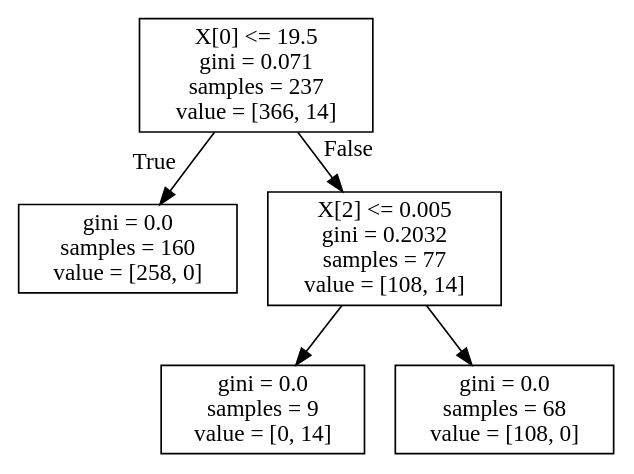
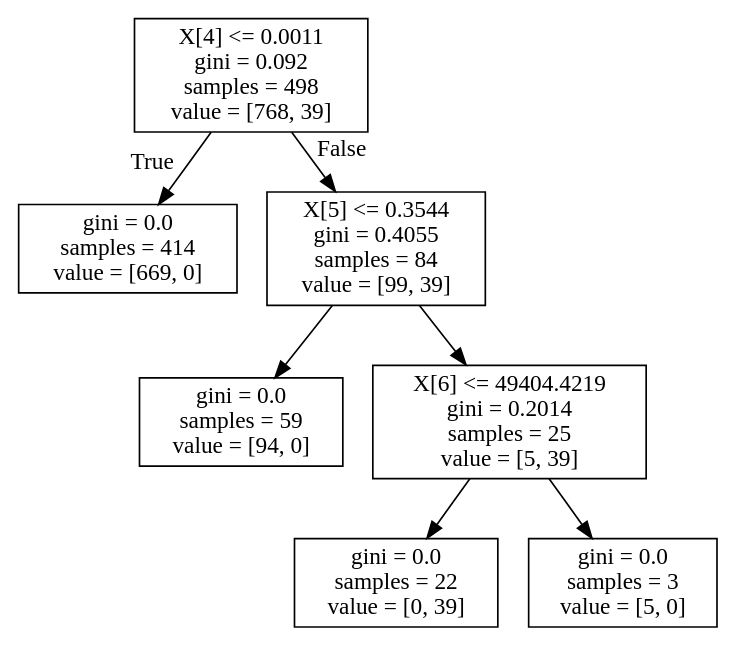
Before and after one commit to imwack/facebook: the diagram in 3.dot, drawn with Graphviz. The commit also changed 18 other files, not shown here.

```diff
--- a/3.dot
+++ b/3.dot
@@ -1,12 +1,16 @@
 digraph Tree {
 node [shape=box] ;
-0 [label="X[0] <= 19.5\ngini = 0.071\nsamples = 237\nvalue = [366, 14]"] ;
-1 [label="gini = 0.0\nsamples = 160\nvalue = [258, 0]"] ;
+0 [label="X[4] <= 0.0011\ngini = 0.092\nsamples = 498\nvalue = [768, 39]"] ;
+1 [label="gini = 0.0\nsamples = 414\nvalue = [669, 0]"] ;
 0 -> 1 [labeldistance=2.5, labelangle=45, headlabel="True"] ;
-2 [label="X[2] <= 0.005\ngini = 0.2032\nsamples = 77\nvalue = [108, 14]"] ;
+2 [label="X[5] <= 0.3544\ngini = 0.4055\nsamples = 84\nvalue = [99, 39]"] ;
 0 -> 2 [labeldistance=2.5, labelangle=-45, headlabel="False"] ;
-3 [label="gini = 0.0\nsamples = 9\nvalue = [0, 14]"] ;
+3 [label="gini = 0.0\nsamples = 59\nvalue = [94, 0]"] ;
 2 -> 3 ;
-4 [label="gini = 0.0\nsamples = 68\nvalue = [108, 0]"] ;
+4 [label="X[6] <= 49404.4219\ngini = 0.2014\nsamples = 25\nvalue = [5, 39]"] ;
 2 -> 4 ;
+5 [label="gini = 0.0\nsamples = 22\nvalue = [0, 39]"] ;
+4 -> 5 ;
+6 [label="gini = 0.0\nsamples = 3\nvalue = [5, 0]"] ;
+4 -> 6 ;
 }
```
